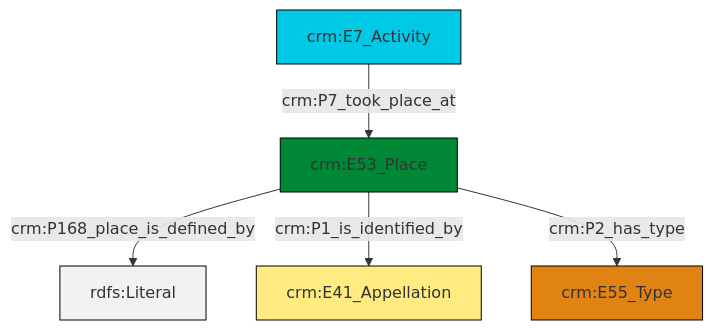
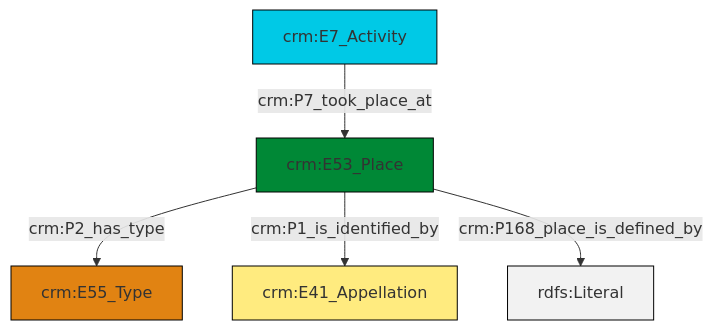
One commit to swiss-art-research-net/reference-data-models changed the diagram in et/eventCSV/ttl/mmd/event_location.ttl.mmd. Above: the diagram before and after it, drawn with Mermaid. The commit also changed 151 other files, not shown here.

```diff
--- a/et/eventCSV/ttl/mmd/event_location.ttl.mmd
+++ b/et/eventCSV/ttl/mmd/event_location.ttl.mmd
@@ -1,19 +1,19 @@
 graph TD
 classDef Literal fill:#f2f2f2,stroke:#000000;
 classDef CRM_Entity fill:#FFFFFF,stroke:#000000;
 classDef Temporal_Entity fill:#00C9E6, stroke:#000000;
 classDef Type fill:#E18312, stroke:#000000;
 classDef Time-Span fill:#2C9C91, stroke:#000000;
 classDef Appellation fill:#FFEB7F, stroke:#000000;
 classDef Place fill:#008836, stroke:#000000;
 classDef Persistent_Item fill:#B266B2, stroke:#000000;
 classDef Conceptual_Object fill:#FFD700, stroke:#000000;
 classDef Physical_Thing fill:#D2B48C, stroke:#000000;
 classDef Actor fill:#f58aad, stroke:#000000;
 classDef PC_Classes fill:#4ce600, stroke:#000000;
 classDef Multi fill:#cccccc,stroke:#000000;
 
-0["crm:E7_Activity"]:::Temporal_Entity -->|crm:P7_took_place_at| 1["crm:E53_Place"]:::Place
-1["crm:E53_Place"]:::Place -->|crm:P168_place_is_defined_by| 2[rdfs:Literal]:::Literal
-1["crm:E53_Place"]:::Place -->|crm:P1_is_identified_by| 3["crm:E41_Appellation"]:::Appellation
-1["crm:E53_Place"]:::Place -->|crm:P2_has_type| 6["crm:E55_Type"]:::Type
+0["crm:E7_Activity"]:::Temporal_Entity -->|crm:P7_took_place_at| 4["crm:E53_Place"]:::Place
+4["crm:E53_Place"]:::Place -->|crm:P2_has_type| 2["crm:E55_Type"]:::Type
+4["crm:E53_Place"]:::Place -->|crm:P1_is_identified_by| 6["crm:E41_Appellation"]:::Appellation
+4["crm:E53_Place"]:::Place -->|crm:P168_place_is_defined_by| 8[rdfs:Literal]:::Literal
```
